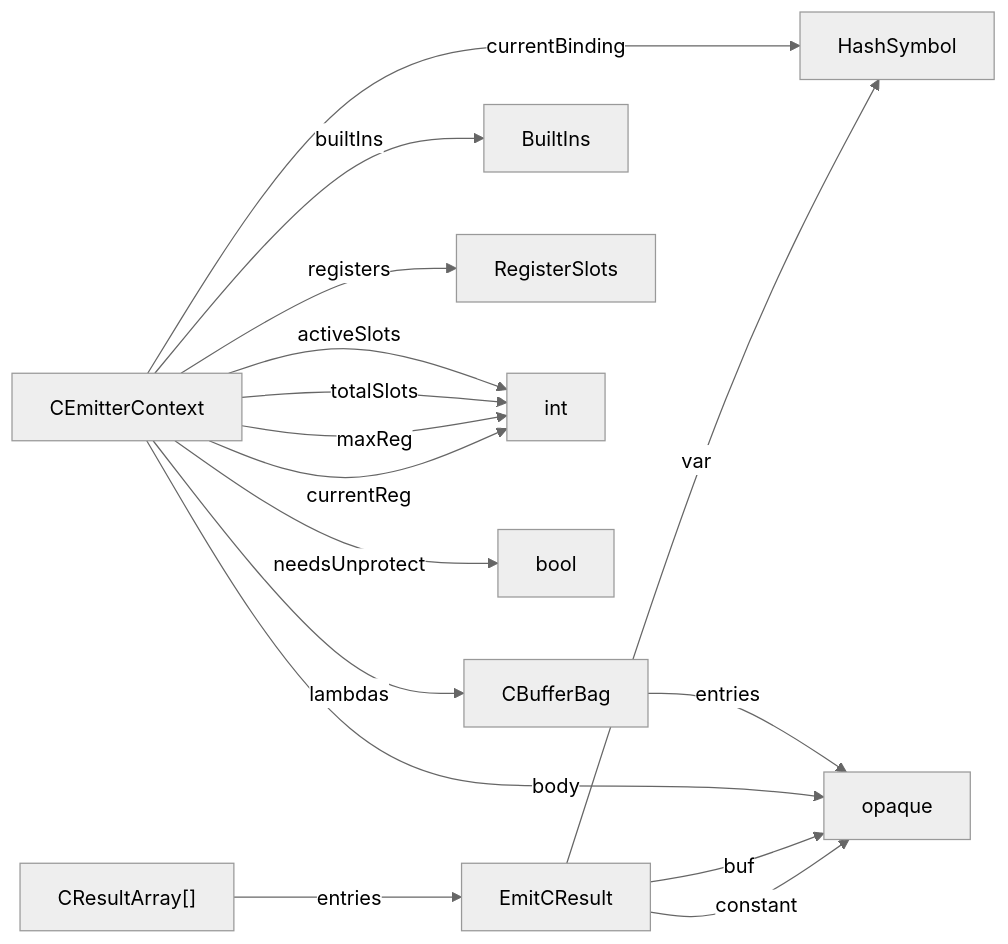
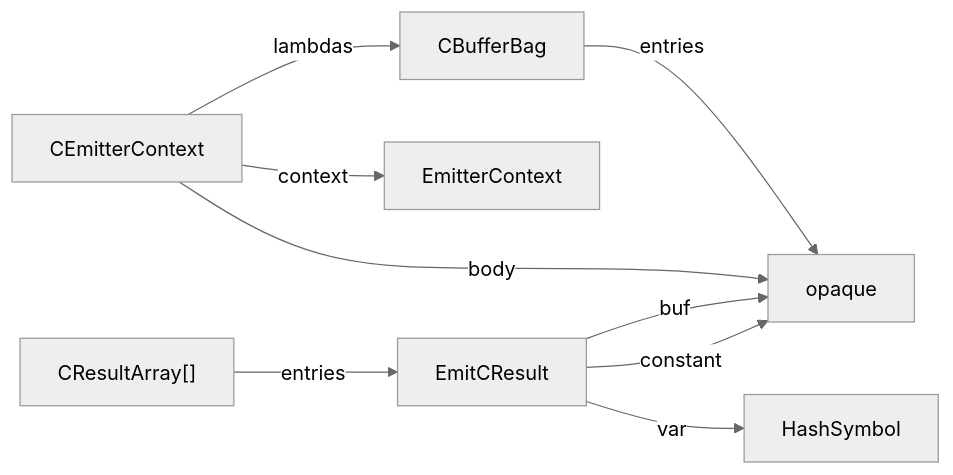
One commit to billhails/CEKF changed the diagram in docs/generated/emit_c.md. Above: the diagram before and after it, drawn with Mermaid (neutral theme). The commit also changed 8 other files, not shown here.

````diff
--- a/docs/generated/emit_c.md
+++ b/docs/generated/emit_c.md
@@ -5,18 +5,11 @@
 ```mermaid
 flowchart LR
 CBufferBag --entries--> opaque
-CEmitterContext --currentBinding--> HashSymbol
 CEmitterContext --lambdas--> CBufferBag
 CEmitterContext --body--> opaque
-CEmitterContext --builtIns--> BuiltIns
-CEmitterContext --registers--> RegisterSlots
-CEmitterContext --activeSlots--> int
-CEmitterContext --totalSlots--> int
-CEmitterContext --maxReg--> int
-CEmitterContext --currentReg--> int
-CEmitterContext --needsUnprotect--> bool
+CEmitterContext --context--> EmitterContext
 EmitCResult --var--> HashSymbol
 EmitCResult --buf--> opaque
 EmitCResult --constant--> opaque
 CResultArray["CResultArray[]"] --entries--> EmitCResult
 ```
````
